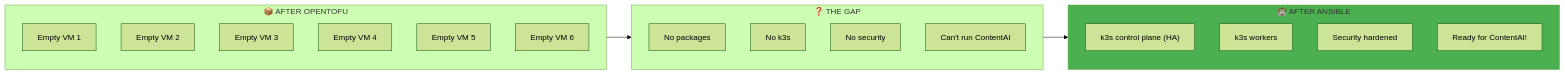
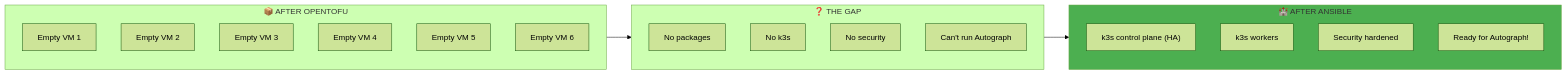
Before and after one commit to PearlThoughtsInternship/Internship-Obsidian-Vault: the first of 5 diagrams in DevOps/02-Engineering/03-Configuration-Management.md, drawn with Mermaid (forest theme). The commit also changed other lines of this file and 4 other files, not shown here.

First line of the commit message:
rebrand: ContentAI → Autograph in Engineering & Platform docs

````diff
--- a/DevOps/02-Engineering/03-Configuration-Management.md
+++ b/DevOps/02-Engineering/03-Configuration-Management.md
@@ -9,29 +9,29 @@
 ```mermaid
 flowchart LR
     subgraph Before["📦 AFTER OPENTOFU"]
         V1["Empty VM 1"]
         V2["Empty VM 2"]
         V3["Empty VM 3"]
         V4["Empty VM 4"]
         V5["Empty VM 5"]
         V6["Empty VM 6"]
     end
 
     subgraph Gap["❓ THE GAP"]
         G1["No packages"]
         G2["No k3s"]
         G3["No security"]
-        G4["Can't run ContentAI"]
+        G4["Can't run Autograph"]
     end
 
     subgraph After["🏰 AFTER ANSIBLE"]
         A1["k3s control plane (HA)"]
         A2["k3s workers"]
         A3["Security hardened"]
-        A4["Ready for ContentAI!"]
+        A4["Ready for Autograph!"]
     end
 
     Before --> Gap --> After
 
     style After fill:#4CAF50
 ```
````
